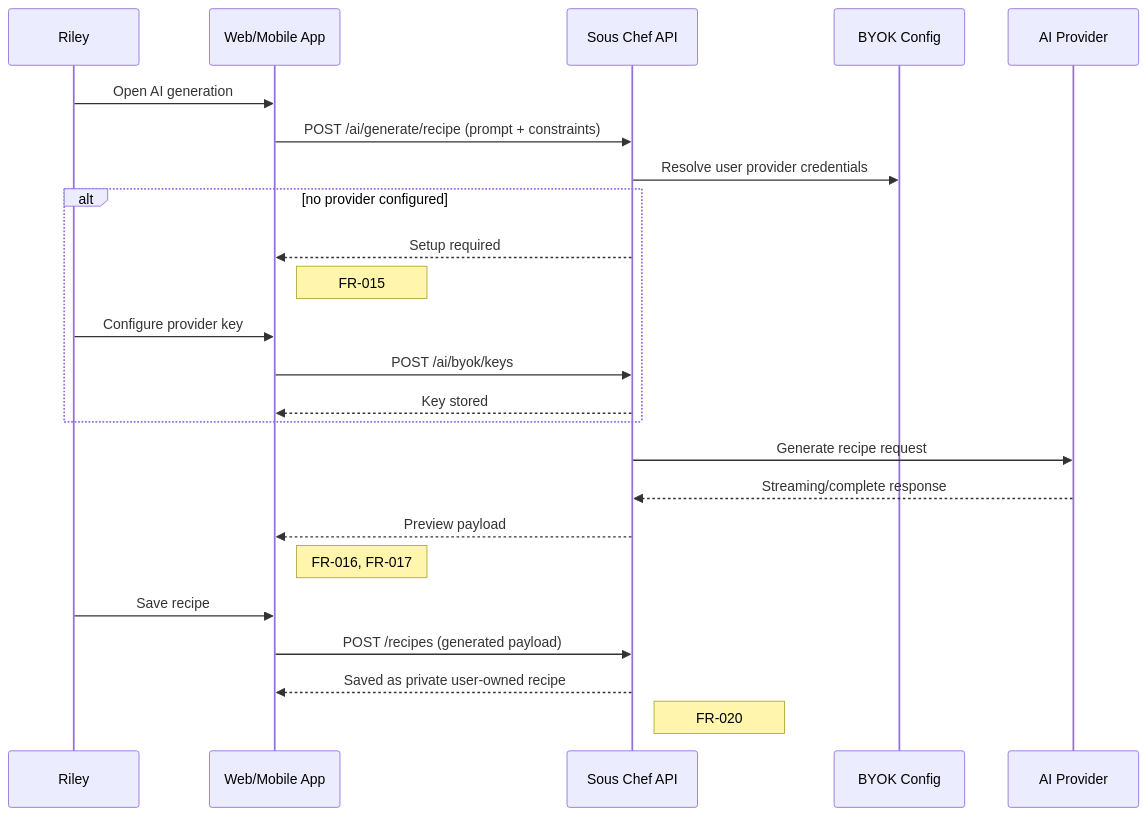
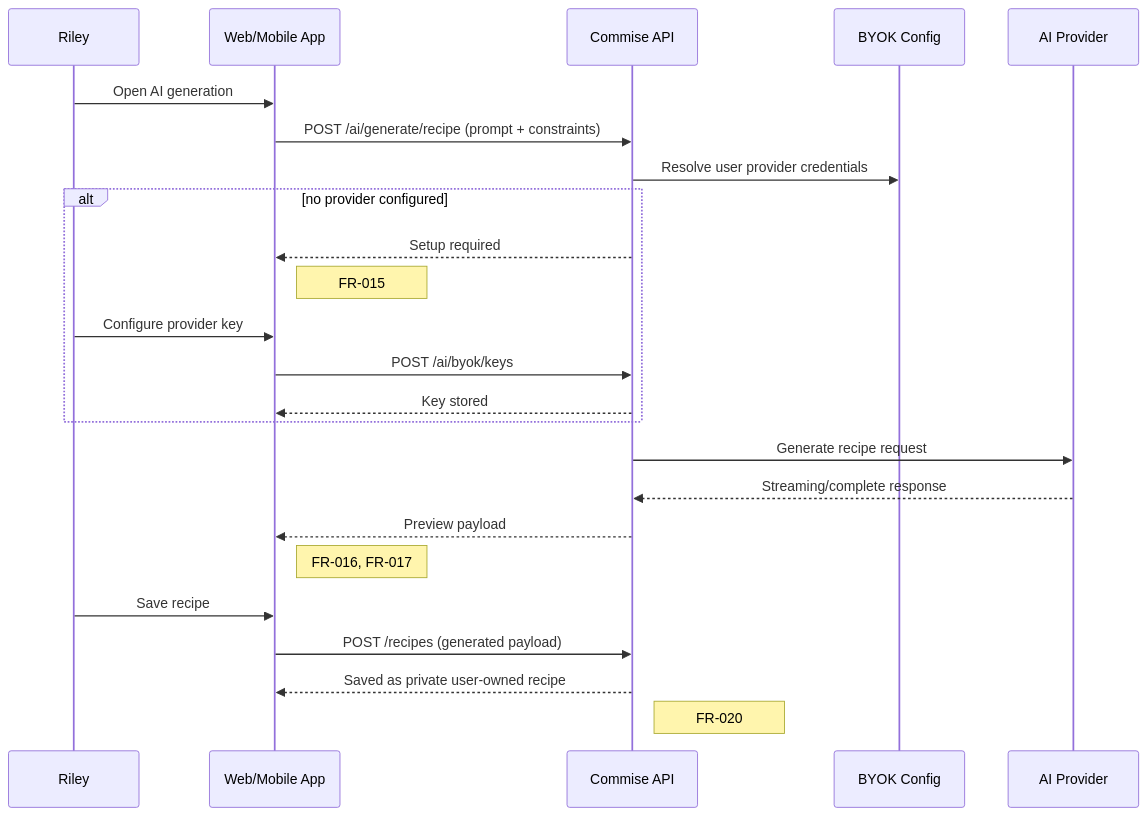
The first of 3 diagrams in specs/005-ai-integration/product-spec/user-journey.md (the-sous-chef/KitchenSink), drawn with Mermaid before and after one commit. The commit also changed other lines of this file and 451 other files, not shown here.

First line of the commit message:
chore: rename sous-chef → commise across entire codebase

````diff
--- a/specs/005-ai-integration/product-spec/user-journey.md
+++ b/specs/005-ai-integration/product-spec/user-journey.md
@@ -20,30 +20,30 @@
 ```mermaid
 sequenceDiagram
     participant U as Riley
     participant Web as Web/Mobile App
-    participant API as Sous Chef API
+    participant API as Commise API
     participant BYOK as BYOK Config
     participant Provider as AI Provider
 
     U->>Web: Open AI generation
     Web->>API: POST /ai/generate/recipe (prompt + constraints)
     API->>BYOK: Resolve user provider credentials
 
     alt no provider configured
         API-->>Web: Setup required
         Note right of Web: FR-015
         U->>Web: Configure provider key
         Web->>API: POST /ai/byok/keys
         API-->>Web: Key stored
     end
 
     API->>Provider: Generate recipe request
     Provider-->>API: Streaming/complete response
     API-->>Web: Preview payload
     Note right of Web: FR-016, FR-017
 
     U->>Web: Save recipe
     Web->>API: POST /recipes (generated payload)
     API-->>Web: Saved as private user-owned recipe
     Note right of API: FR-020
 ```
````
